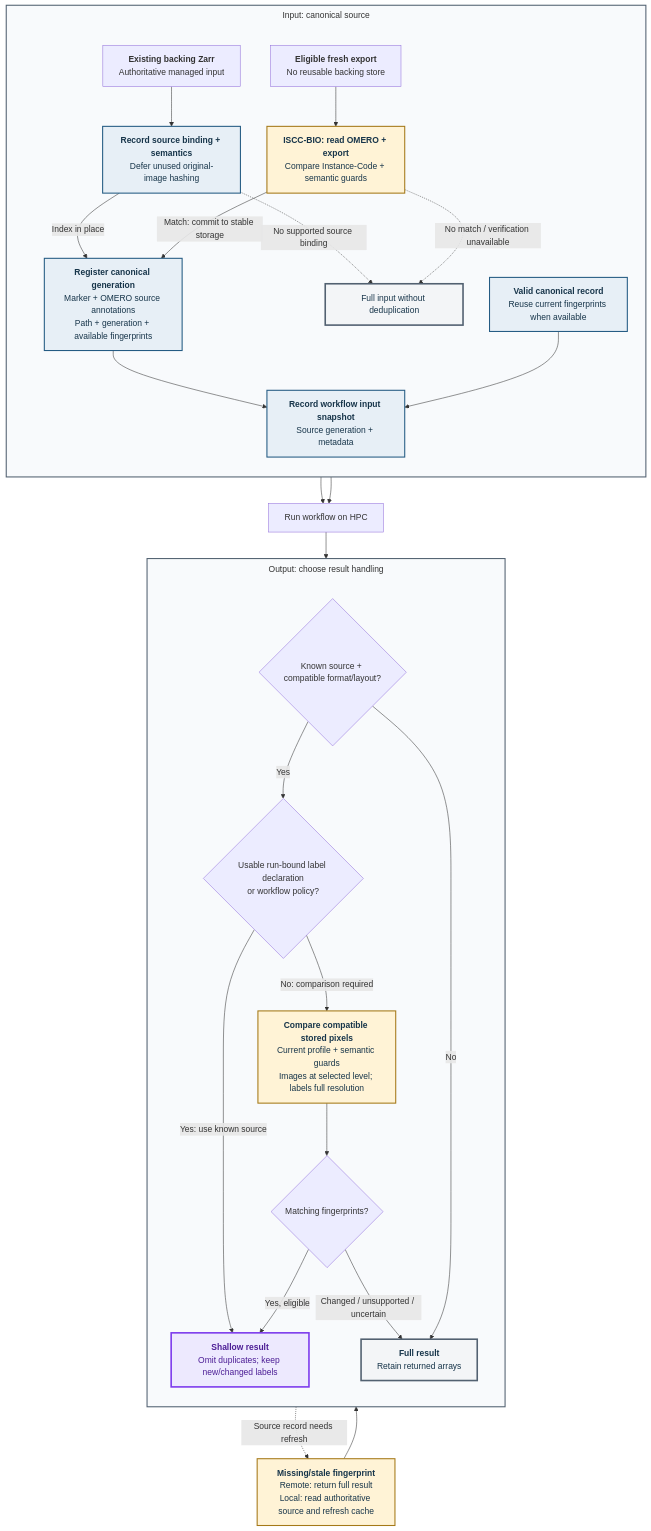
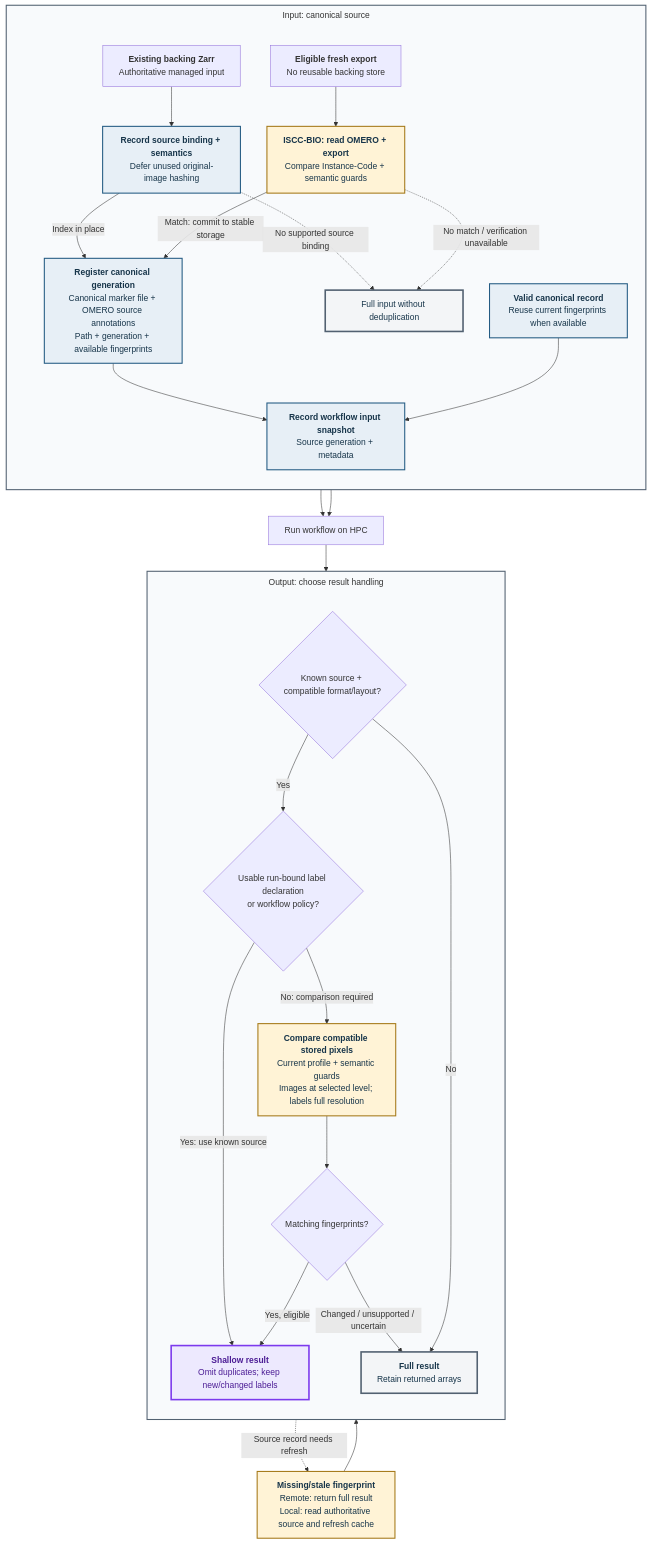
One commit to NL-BioImaging/NL-BIOMERO changed the diagram in docs/_diagrams/shallow-canonical.mmd. Above: the diagram before and after it, drawn with Mermaid. The commit also changed 7 other files, not shown here.

```diff
--- a/docs/_diagrams/shallow-canonical.mmd
+++ b/docs/_diagrams/shallow-canonical.mmd
@@ -1,50 +1,50 @@
 %%{init: {"flowchart": {"subGraphTitleMargin": {"top": 8, "bottom": 30}}}}%%
 flowchart TB
     subgraph PREP["Input: canonical source"]
         direction TB
         EXIST["<b>Existing backing Zarr</b><br/>Authoritative managed input"]
         FRESH["<b>Eligible fresh export</b><br/>No reusable backing store"]
         LOCATE["<b>Record source binding + semantics</b><br/>Defer unused original-image hashing"]
         HASHBOTH["<b>ISCC-BIO: read OMERO + export</b><br/>Compare Instance-Code + semantic guards"]
         EXIST --> LOCATE
         FRESH --> HASHBOTH
-        LOCATE -->|"Index in place"| REGISTER["<b>Register canonical generation</b><br/>Marker + OMERO source annotations<br/>Path + generation + available fingerprints"]
+        LOCATE -->|"Index in place"| REGISTER["<b>Register canonical generation</b><br/>Canonical marker file + OMERO source annotations<br/>Path + generation + available fingerprints"]
         HASHBOTH -->|"Match: commit to stable storage"| REGISTER
         LOCATE -. "No supported source binding" .-> FALLBACK["Full input without deduplication"]
         HASHBOTH -. "No match / verification unavailable" .-> FALLBACK
         CACHED["<b>Valid canonical record</b><br/>Reuse current fingerprints when available"]
         REGISTER --> SNAP["<b>Record workflow input snapshot</b><br/>Source generation + metadata"]
         CACHED --> SNAP
     end
     SNAP --> WORK["Run workflow on HPC"]
     FALLBACK --> WORK
     subgraph RETURN["Output: choose result handling"]
         direction TB
         CHECK{"Known source + compatible format/layout?"}
         POLICY{"Usable run-bound label declaration<br/>or workflow policy?"}
         HASHOUT["<b>Compare compatible stored pixels</b><br/>Current profile + semantic guards<br/>Images at selected level; labels full resolution"]
         MATCH{"Matching fingerprints?"}
         SHALLOW["<b>Shallow result</b><br/>Omit duplicates; keep new/changed labels"]
         FULL["<b>Full result</b><br/>Retain returned arrays"]
         CHECK -->|"Yes"| POLICY
         CHECK -->|"No"| FULL
         POLICY -->|"Yes: use known source"| SHALLOW
         POLICY -->|"No: comparison required"| HASHOUT
         HASHOUT --> MATCH
         MATCH -->|"Yes, eligible"| SHALLOW
         MATCH -->|"Changed / unsupported / uncertain"| FULL
     end
     WORK --> CHECK
     REFRESH["<b>Missing/stale fingerprint</b><br/>Remote: return full result<br/>Local: read authoritative source and refresh cache"]
     HASHOUT -. "Source record needs refresh" .-> REFRESH
     REFRESH --> HASHOUT
     style PREP fill:#f8fafc,stroke:#526171,stroke-width:2px;
     style RETURN fill:#f8fafc,stroke:#526171,stroke-width:2px;
     classDef pixelread fill:#fff3d6,stroke:#a57918,stroke-width:2px,color:#17354a;
     classDef canonical fill:#e7eff6,stroke:#245b83,stroke-width:2px,color:#17354a;
     classDef full fill:#f3f5f7,stroke:#526171,stroke-width:3px,color:#17354a;
     classDef shallow fill:#ede9fe,stroke:#7c3aed,stroke-width:3px,color:#4c1d95;
     class HASHBOTH,HASHOUT,REFRESH pixelread;
     class LOCATE,REGISTER,CACHED,SNAP canonical;
     class FULL,FALLBACK full;
     class SHALLOW shallow;
```
